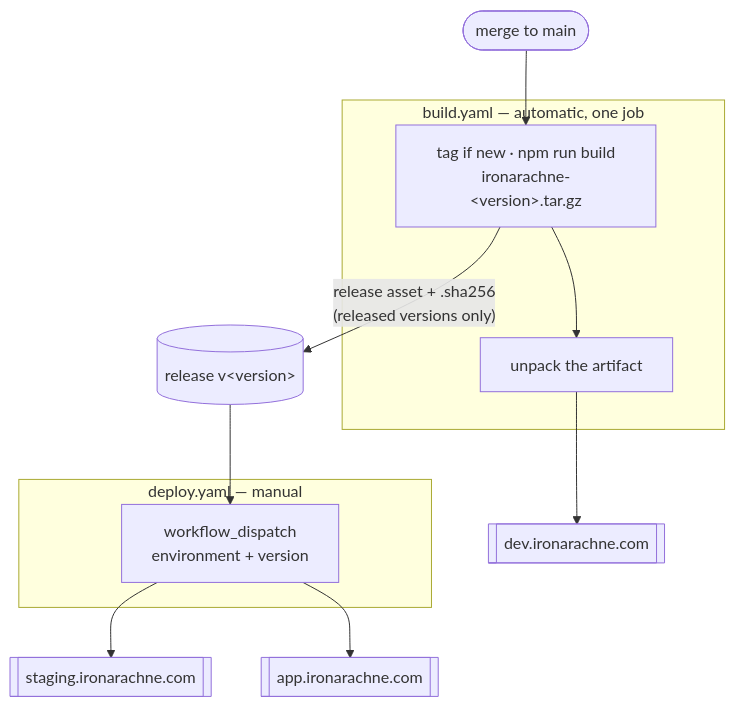
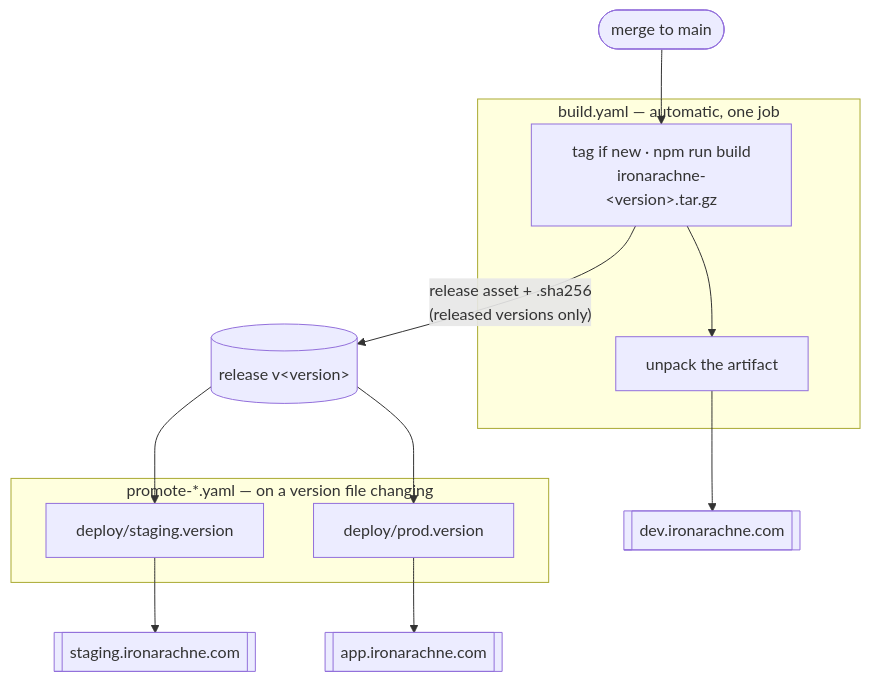
Before and after one commit to ironarachne/ironarachne: the diagram in docs/deployment.md, drawn with Mermaid. The commit also changed other lines of this file and 5 other files, not shown here.

First line of the commit message:
Promote by committed version file instead of dispatch inputs

````diff
--- a/docs/deployment.md
+++ b/docs/deployment.md
@@ -17,21 +18,23 @@
 ```mermaid
 graph TD
     merge([merge to main]) --> build
 
     subgraph buildwf["build.yaml — automatic, one job"]
         build["tag if new · npm run build<br/>ironarachne-&lt;version&gt;.tar.gz"]
         unpack["unpack the artifact"]
         build --> unpack
     end
 
     build -->|"release asset + .sha256<br/>(released versions only)"| release[("release v&lt;version&gt;")]
     unpack --> dev[["dev.ironarachne.com"]]
 
-    subgraph deploywf["deploy.yaml — manual"]
-        dispatch["workflow_dispatch<br/>environment + version"]
+    subgraph promotewf["promote-*.yaml — on a version file changing"]
+        stagingfile["deploy/staging.version"]
+        prodfile["deploy/prod.version"]
     end
 
-    release --> dispatch
-    dispatch --> staging[["staging.ironarachne.com"]]
-    dispatch --> prod[["app.ironarachne.com"]]
+    release --> stagingfile
+    release --> prodfile
+    stagingfile --> staging[["staging.ironarachne.com"]]
+    prodfile --> prod[["app.ironarachne.com"]]
 ```
````
